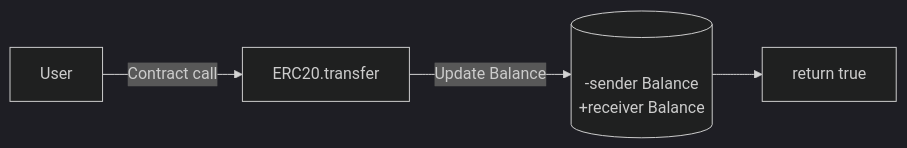
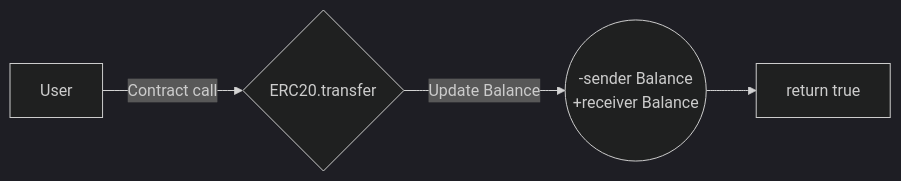
The first of 2 diagrams in docs/intro/layers/user-interaction.md (poolshark-protocol/docs), drawn with Mermaid (dark theme) before and after one commit. The commit also changed other lines of this file, not shown here.

Commit message:
changed shapes on diagram

````diff
--- a/docs/intro/layers/user-interaction.md
+++ b/docs/intro/layers/user-interaction.md
@@ -27,6 +27,6 @@
     ```mermaid
     graph LR
-        A[User] -->|Contract call| B[ERC20.transfer];
-        B -->|Update Balance| C[(<br/>-sender Balance<br/>+receiver Balance)];
+        A[User] -->|Contract call| B{ERC20.transfer};
+        B -->|Update Balance| C(( -sender Balance<br/>+receiver Balance));
         C --> D[return true];
     ```
````
